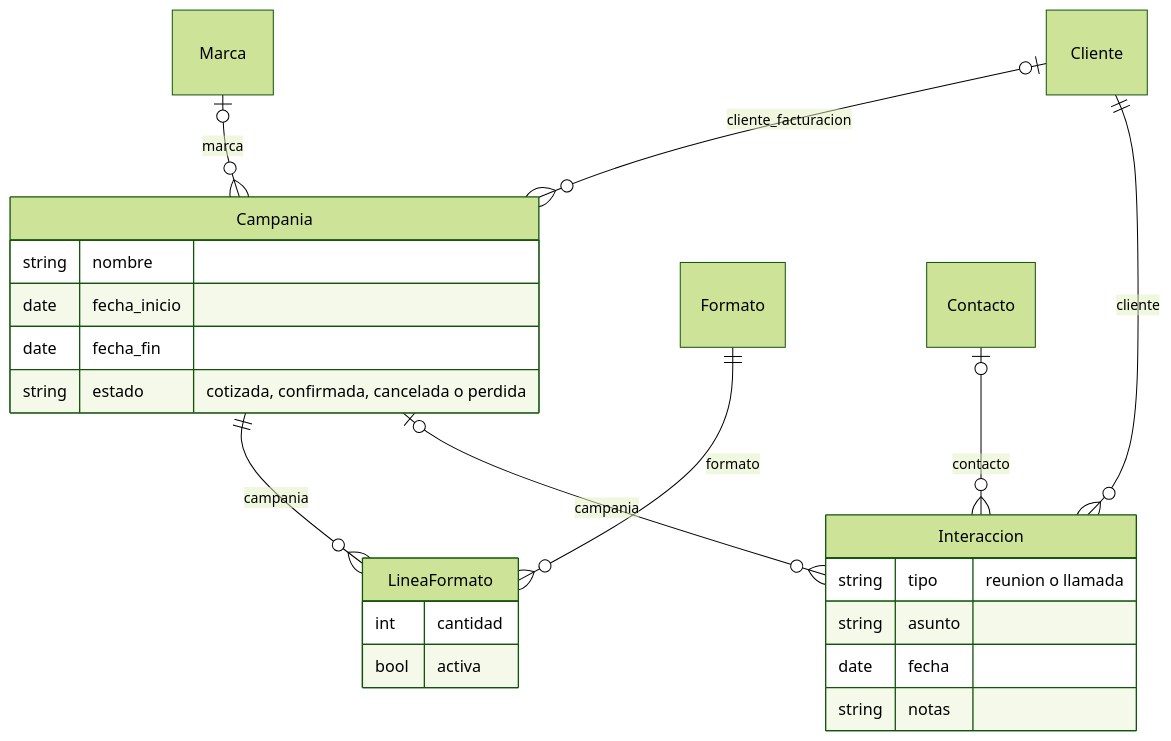
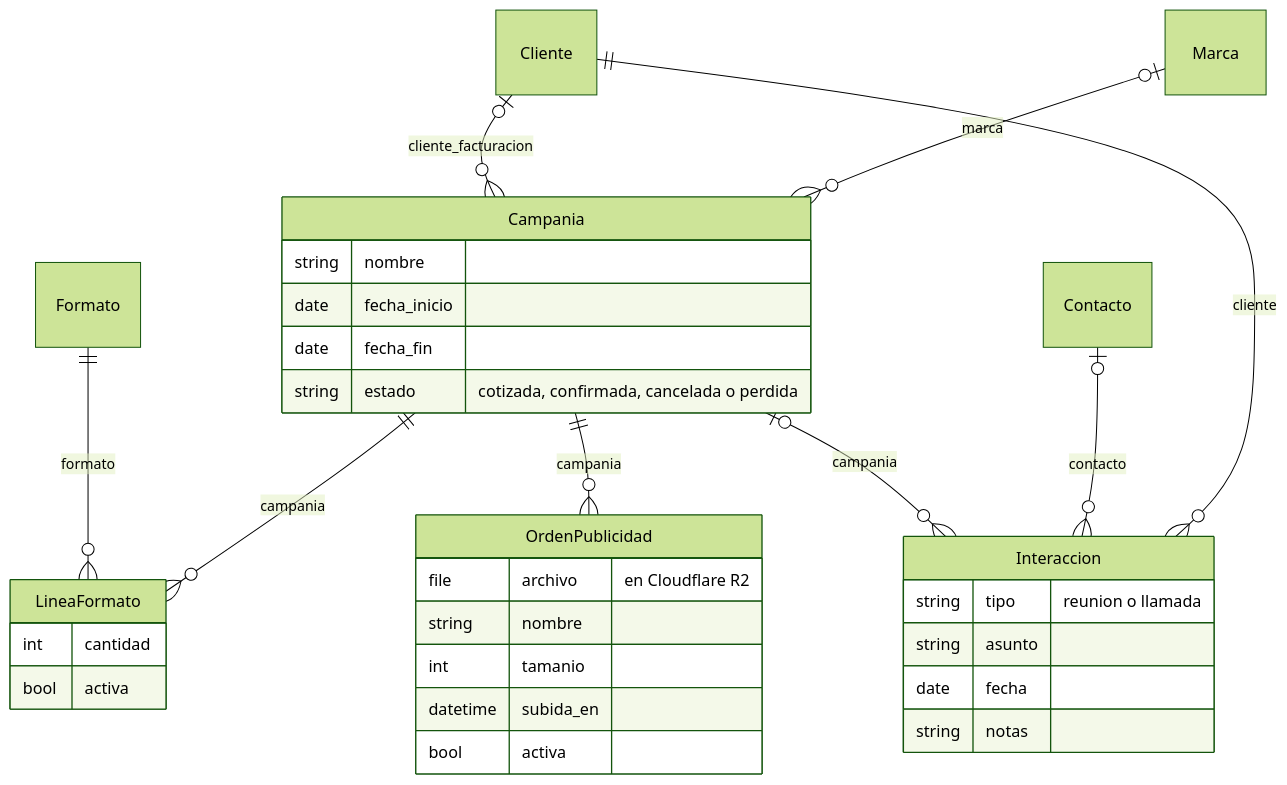
Before and after one commit to jdcaballero15/BigMedia: the fourth of 10 diagrams in docs/modelo-de-datos.md, drawn with Mermaid (forest theme). The commit also changed other lines of this file and 30 other files, not shown here.

````diff
--- a/docs/modelo-de-datos.md
+++ b/docs/modelo-de-datos.md
@@ -153,26 +153,34 @@
 ```mermaid
 erDiagram
     Marca |o--o{ Campania : "marca"
     Cliente |o--o{ Campania : "cliente_facturacion"
     Campania ||--o{ LineaFormato : "campania"
     Formato ||--o{ LineaFormato : "formato"
     Cliente ||--o{ Interaccion : "cliente"
     Contacto |o--o{ Interaccion : "contacto"
     Campania |o--o{ Interaccion : "campania"
+    Campania ||--o{ OrdenPublicidad : "campania"
     Campania {
         string nombre
         date fecha_inicio
         date fecha_fin
         string estado "cotizada, confirmada, cancelada o perdida"
     }
     LineaFormato {
         int cantidad
         bool activa
     }
     Interaccion {
         string tipo "reunion o llamada"
         string asunto
         date fecha
         string notas
     }
+    OrdenPublicidad {
+        file archivo "en Cloudflare R2"
+        string nombre
+        int tamanio
+        datetime subida_en
+        bool activa
+    }
 ```
````
